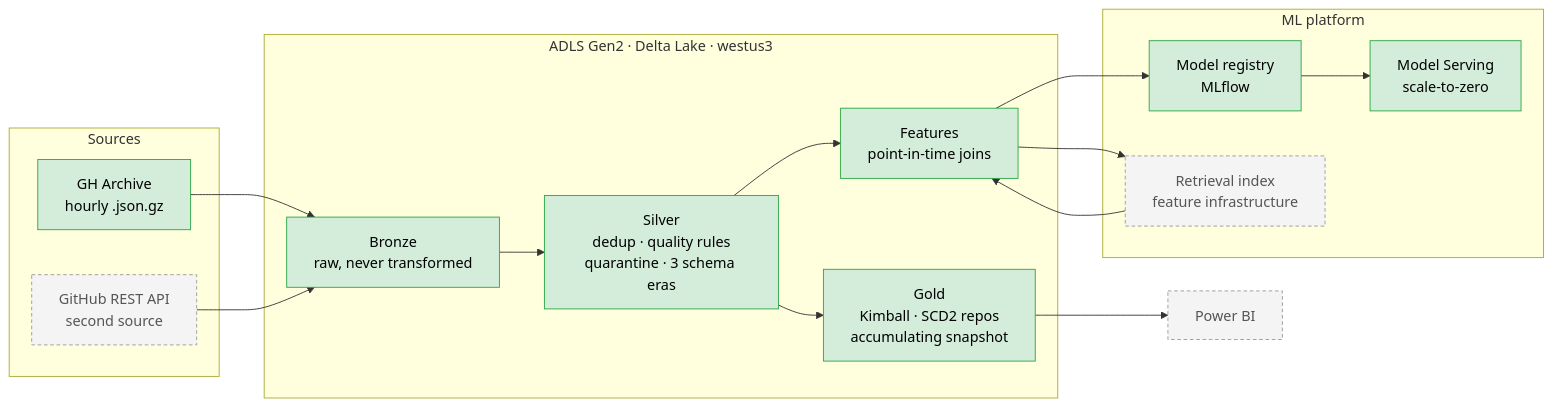
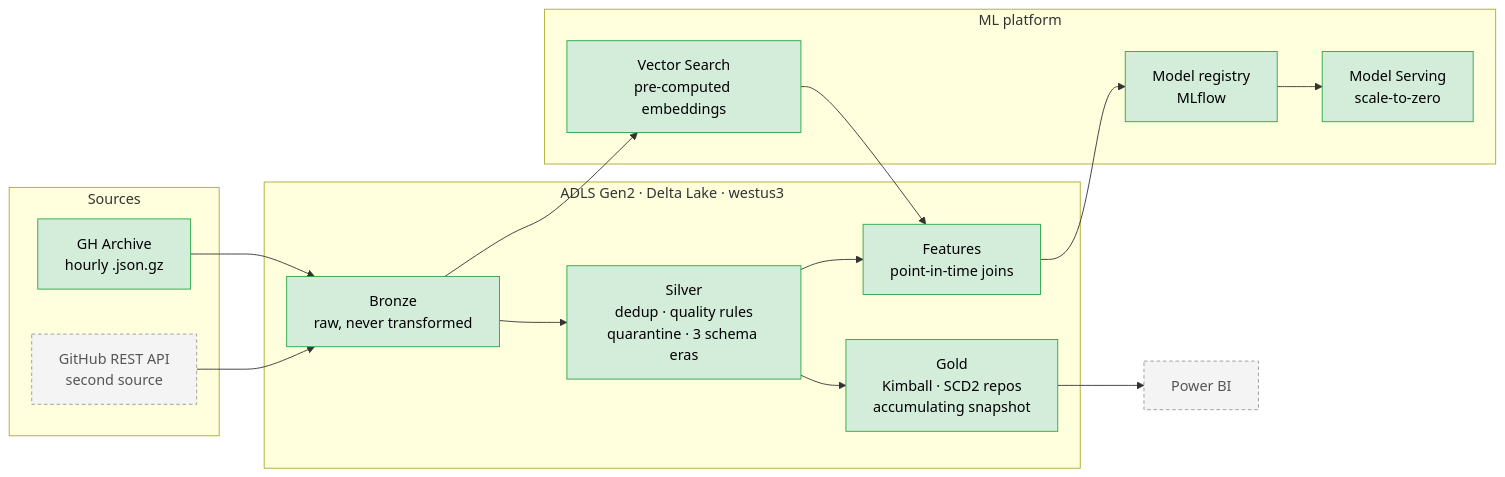
The diagram in README.md (bsreecharanreddy/almanac), drawn with Mermaid before and after one commit. The commit also changed 1 other file, not shown here.

````diff
--- a/README.md
+++ b/README.md
@@ -149,35 +149,35 @@
 ```mermaid
 flowchart LR
   subgraph src[Sources]
     GHA[GH Archive<br/>hourly .json.gz]
     API[GitHub REST API<br/>second source]
   end
 
   subgraph lake[ADLS Gen2 · Delta Lake · westus3]
     B[Bronze<br/>raw, never transformed]
     S[Silver<br/>dedup · quality rules<br/>quarantine · 3 schema eras]
     G[Gold<br/>Kimball · SCD2 repos<br/>accumulating snapshot]
     F[Features<br/>point-in-time joins]
   end
 
   subgraph ml[ML platform]
     R[Model registry<br/>MLflow]
     E[Model Serving<br/>scale-to-zero]
-    V[Retrieval index<br/>feature infrastructure]
+    V[Vector Search<br/>pre-computed embeddings]
   end
 
   GHA --> B
   API --> B
   B --> S
   S --> G
   S --> F
   G --> BI[Power BI]
   F --> R --> E
-  F --> V
+  B --> V
   V --> F
 
   classDef done fill:#d4edda,stroke:#28a745,color:#000
   classDef todo fill:#f4f4f4,stroke:#999,color:#555,stroke-dasharray:4 3
-  class GHA,B,S,G,F,R,E done
-  class API,V,BI todo
+  class GHA,B,S,G,F,R,E,V done
+  class API,BI todo
 ```
````
